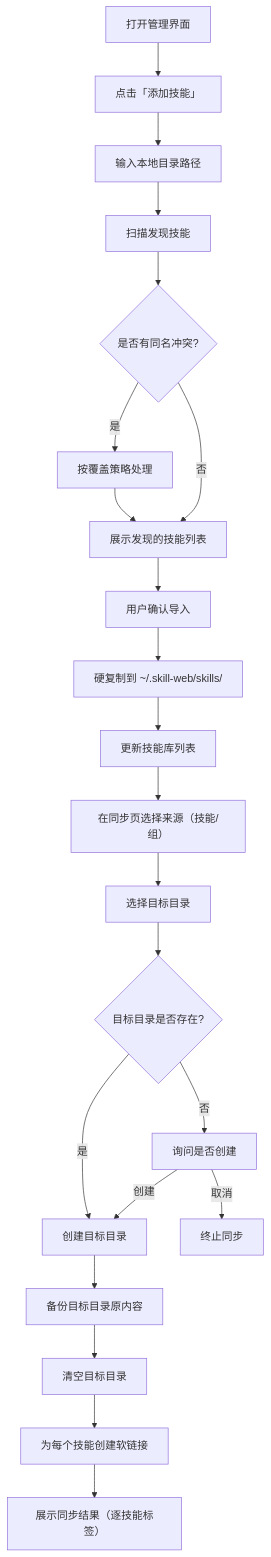
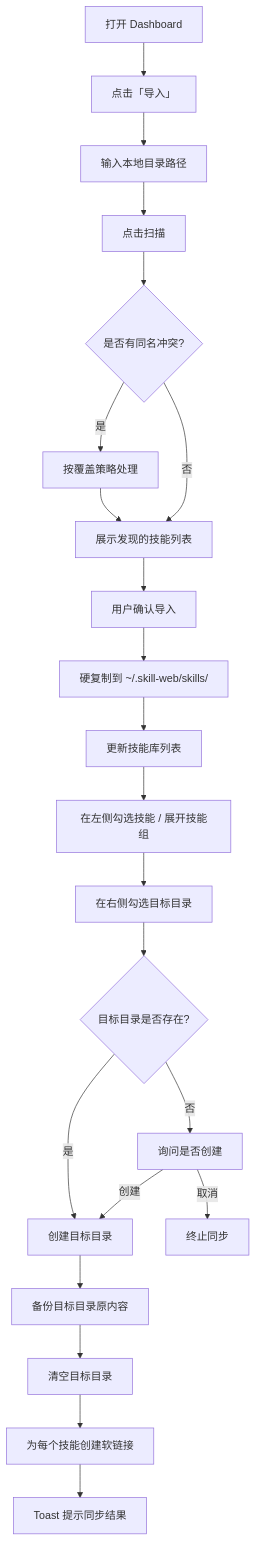
Before and after one commit to Aubyn/skill-web: the first of 4 diagrams in docs/plan/skill-web-需求规格说明书.md, drawn with Mermaid. The commit also changed other lines of this file and 4 other files, not shown here.

````diff
--- a/docs/plan/skill-web-需求规格说明书.md
+++ b/docs/plan/skill-web-需求规格说明书.md
@@ -42,24 +42,24 @@
 ```mermaid
 flowchart TD
-    A[打开管理界面] --> B[点击「添加技能」]
+    A[打开 Dashboard] --> B[点击「导入」]
     B --> C[输入本地目录路径]
-    C --> D[扫描发现技能]
+    C --> D[点击扫描]
     D --> E{是否有同名冲突?}
     E -->|是| F[按覆盖策略处理]
     E -->|否| G[展示发现的技能列表]
     F --> G
     G --> H[用户确认导入]
     H --> I[硬复制到 ~/.skill-web/skills/]
     I --> J[更新技能库列表]
-    J --> K[在同步页选择来源（技能/组）]
-    K --> L[选择目标目录]
+    J --> K[在左侧勾选技能 / 展开技能组]
+    K --> L[在右侧勾选目标目录]
     L --> M{目标目录是否存在?}
     M -->|否| N[询问是否创建]
     N -->|创建| O[创建目标目录]
     N -->|取消| P[终止同步]
     M -->|是| O
     O --> Q[备份目标目录原内容]
     Q --> R[清空目标目录]
     R --> S[为每个技能创建软链接]
-    S --> T[展示同步结果（逐技能标签）]
+    S --> T[Toast 提示同步结果]
 ```
````
